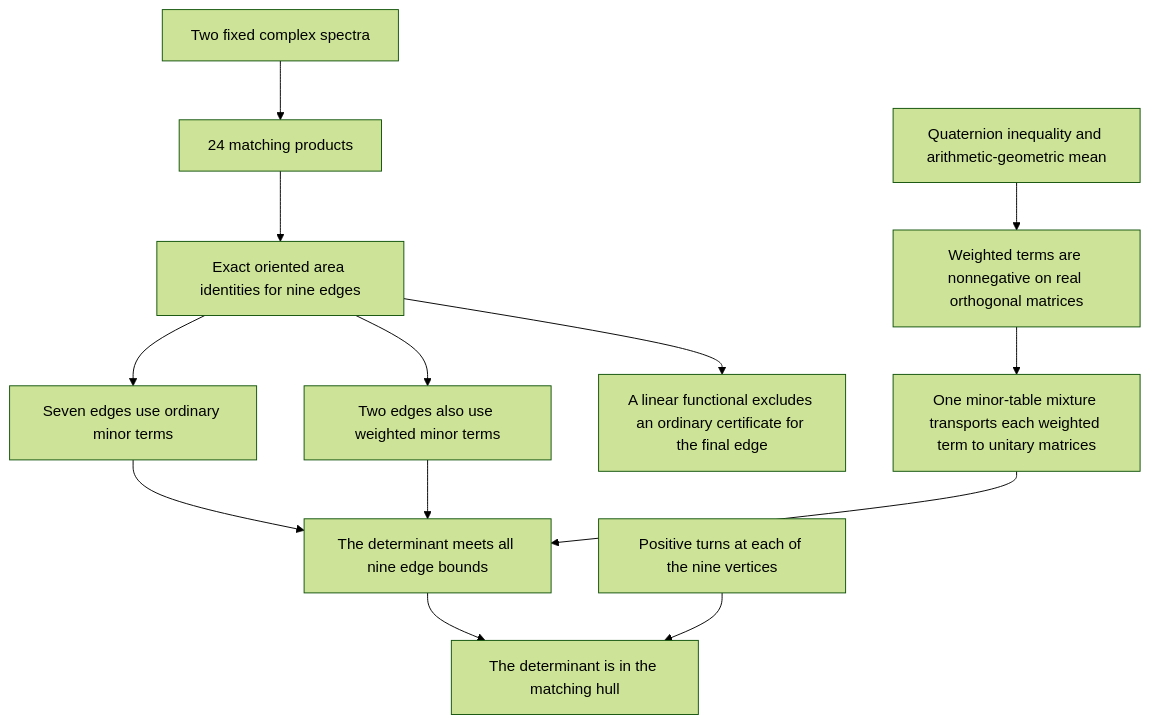
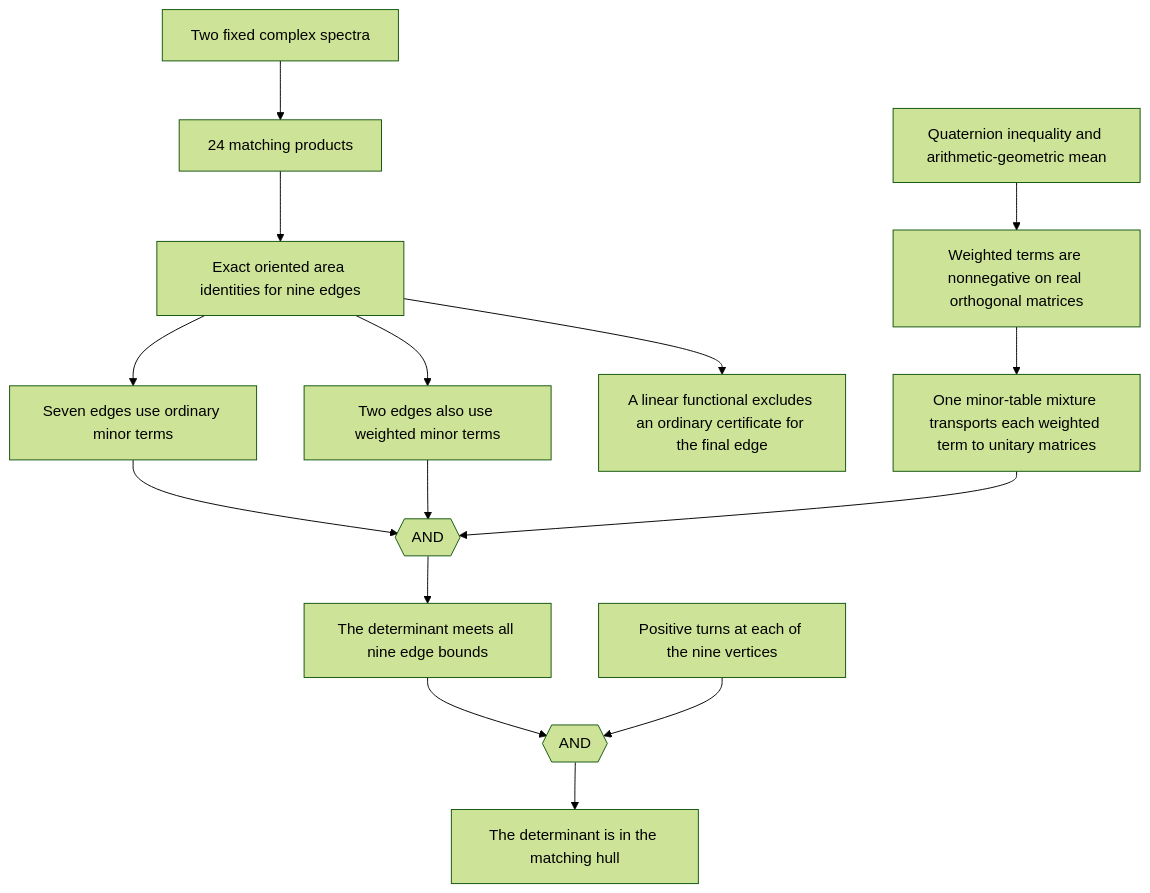
One commit to ascendnoosphere/MOC changed the diagram in Docs/order-four-weighted-minor-center-proof-map.md. Above: the diagram before and after it, drawn with Mermaid (forest theme). The commit also changed other lines of this file and 148 other files, not shown here.

````diff
--- a/Docs/order-four-weighted-minor-center-proof-map.md
+++ b/Docs/order-four-weighted-minor-center-proof-map.md
@@ -20,15 +21,17 @@
 ```mermaid
 flowchart TD
     A["Two fixed complex spectra"] --> B["24 matching products"]
     B --> C["Exact oriented area identities for nine edges"]
     C --> D["Seven edges use ordinary minor terms"]
     C --> E["Two edges also use weighted minor terms"]
     F["Quaternion inequality and arithmetic-geometric mean"] --> G["Weighted terms are nonnegative on real orthogonal matrices"]
     G --> H["One minor-table mixture transports each weighted term to unitary matrices"]
-    E --> I["The determinant meets all nine edge bounds"]
-    H --> I
-    D --> I
-    I --> J["The determinant is in the matching hull"]
-    K["Positive turns at each of the nine vertices"] --> J
+    E --> Edges{{"AND"}}
+    H --> Edges
+    D --> Edges
+    Edges --> I["The determinant meets all nine edge bounds"]
+    I --> Polygon{{"AND"}}
+    K["Positive turns at each of the nine vertices"] --> Polygon
+    Polygon --> J["The determinant is in the matching hull"]
     C --> L["A linear functional excludes an ordinary certificate for the final edge"]
 ```
````
